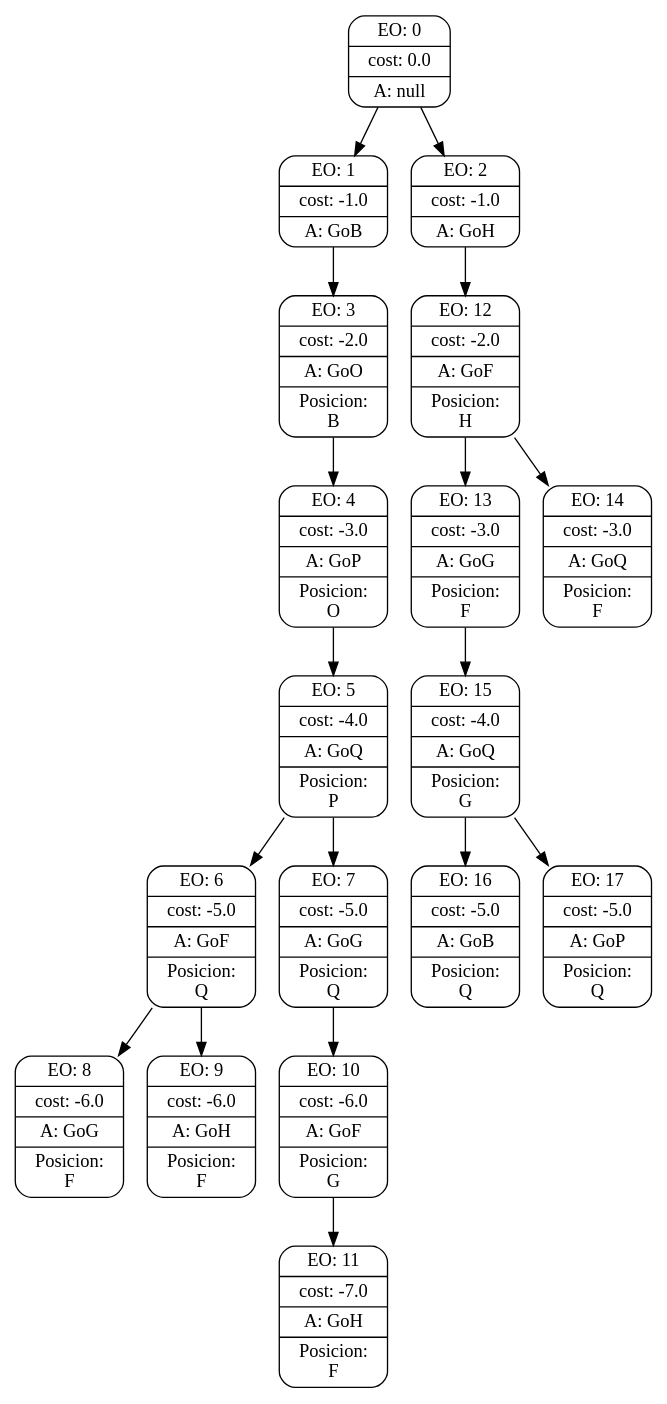
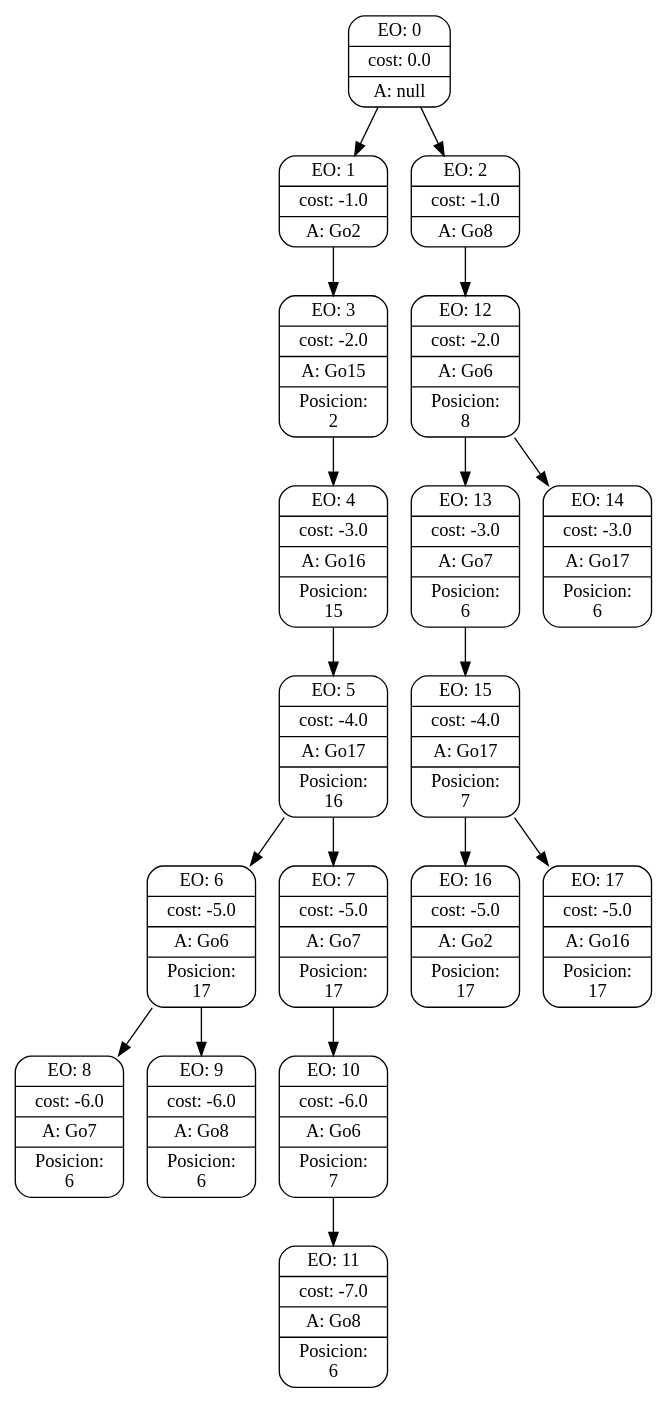
One commit to lniklison/TP-Inteligencia-artificial changed the diagram in searchGVTrees/9.dot. Above: the diagram before and after it, drawn with Graphviz. The commit also changed 29 other files, not shown here.

```diff
--- a/searchGVTrees/9.dot
+++ b/searchGVTrees/9.dot
@@ -1,57 +1,57 @@
 digraph g {
 node [shape = Mrecord];
 nodo0[label="{EO: 0|cost: 0.0|A: null}"]
-nodo1[label="{EO: 1|cost: -1.0|A: GoB}"]
-nodo3[label="{EO: 3|cost: -2.0|A: GoO|Posicion:\nB}"]
-nodo4[label="{EO: 4|cost: -3.0|A: GoP|Posicion:\nO}"]
-nodo5[label="{EO: 5|cost: -4.0|A: GoQ|Posicion:\nP}"]
-nodo6[label="{EO: 6|cost: -5.0|A: GoF|Posicion:\nQ}"]
-nodo8[label="{EO: 8|cost: -6.0|A: GoG|Posicion:\nF}"]
+nodo1[label="{EO: 1|cost: -1.0|A: Go2}"]
+nodo3[label="{EO: 3|cost: -2.0|A: Go15|Posicion:\n2}"]
+nodo4[label="{EO: 4|cost: -3.0|A: Go16|Posicion:\n15}"]
+nodo5[label="{EO: 5|cost: -4.0|A: Go17|Posicion:\n16}"]
+nodo6[label="{EO: 6|cost: -5.0|A: Go6|Posicion:\n17}"]
+nodo8[label="{EO: 8|cost: -6.0|A: Go7|Posicion:\n6}"]
 
 nodo6 -> nodo8;
-nodo9[label="{EO: 9|cost: -6.0|A: GoH|Posicion:\nF}"]
+nodo9[label="{EO: 9|cost: -6.0|A: Go8|Posicion:\n6}"]
 
 nodo6 -> nodo9;
 
 nodo5 -> nodo6;
-nodo7[label="{EO: 7|cost: -5.0|A: GoG|Posicion:\nQ}"]
-nodo10[label="{EO: 10|cost: -6.0|A: GoF|Posicion:\nG}"]
-nodo11[label="{EO: 11|cost: -7.0|A: GoH|Posicion:\nF}"]
+nodo7[label="{EO: 7|cost: -5.0|A: Go7|Posicion:\n17}"]
+nodo10[label="{EO: 10|cost: -6.0|A: Go6|Posicion:\n7}"]
+nodo11[label="{EO: 11|cost: -7.0|A: Go8|Posicion:\n6}"]
 
 nodo10 -> nodo11;
 
 nodo7 -> nodo10;
 
 nodo5 -> nodo7;
 
 nodo4 -> nodo5;
 
 nodo3 -> nodo4;
 
 nodo1 -> nodo3;
 
 nodo0 -> nodo1;
-nodo2[label="{EO: 2|cost: -1.0|A: GoH}"]
-nodo12[label="{EO: 12|cost: -2.0|A: GoF|Posicion:\nH}"]
-nodo13[label="{EO: 13|cost: -3.0|A: GoG|Posicion:\nF}"]
-nodo15[label="{EO: 15|cost: -4.0|A: GoQ|Posicion:\nG}"]
-nodo16[label="{EO: 16|cost: -5.0|A: GoB|Posicion:\nQ}"]
+nodo2[label="{EO: 2|cost: -1.0|A: Go8}"]
+nodo12[label="{EO: 12|cost: -2.0|A: Go6|Posicion:\n8}"]
+nodo13[label="{EO: 13|cost: -3.0|A: Go7|Posicion:\n6}"]
+nodo15[label="{EO: 15|cost: -4.0|A: Go17|Posicion:\n7}"]
+nodo16[label="{EO: 16|cost: -5.0|A: Go2|Posicion:\n17}"]
 
 nodo15 -> nodo16;
-nodo17[label="{EO: 17|cost: -5.0|A: GoP|Posicion:\nQ}"]
+nodo17[label="{EO: 17|cost: -5.0|A: Go16|Posicion:\n17}"]
 
 nodo15 -> nodo17;
 
 nodo13 -> nodo15;
 
 nodo12 -> nodo13;
-nodo14[label="{EO: 14|cost: -3.0|A: GoQ|Posicion:\nF}"]
+nodo14[label="{EO: 14|cost: -3.0|A: Go17|Posicion:\n6}"]
 
 nodo12 -> nodo14;
 
 nodo2 -> nodo12;
 
 nodo0 -> nodo2;
 
 
 }
```
